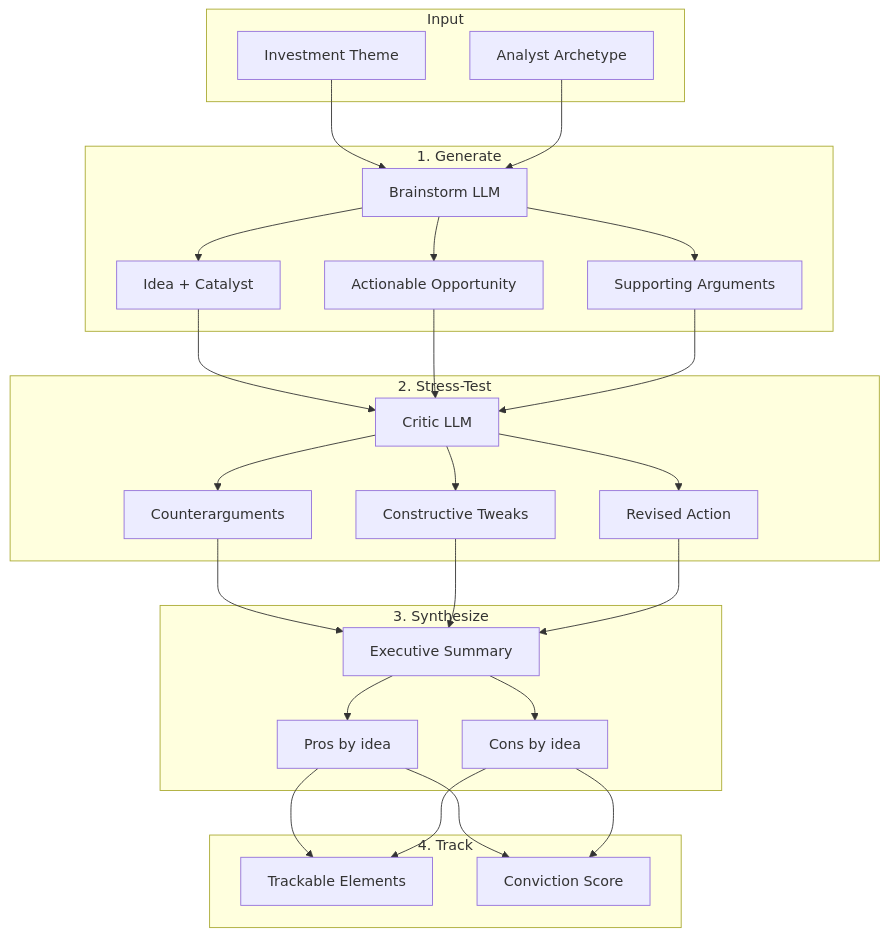
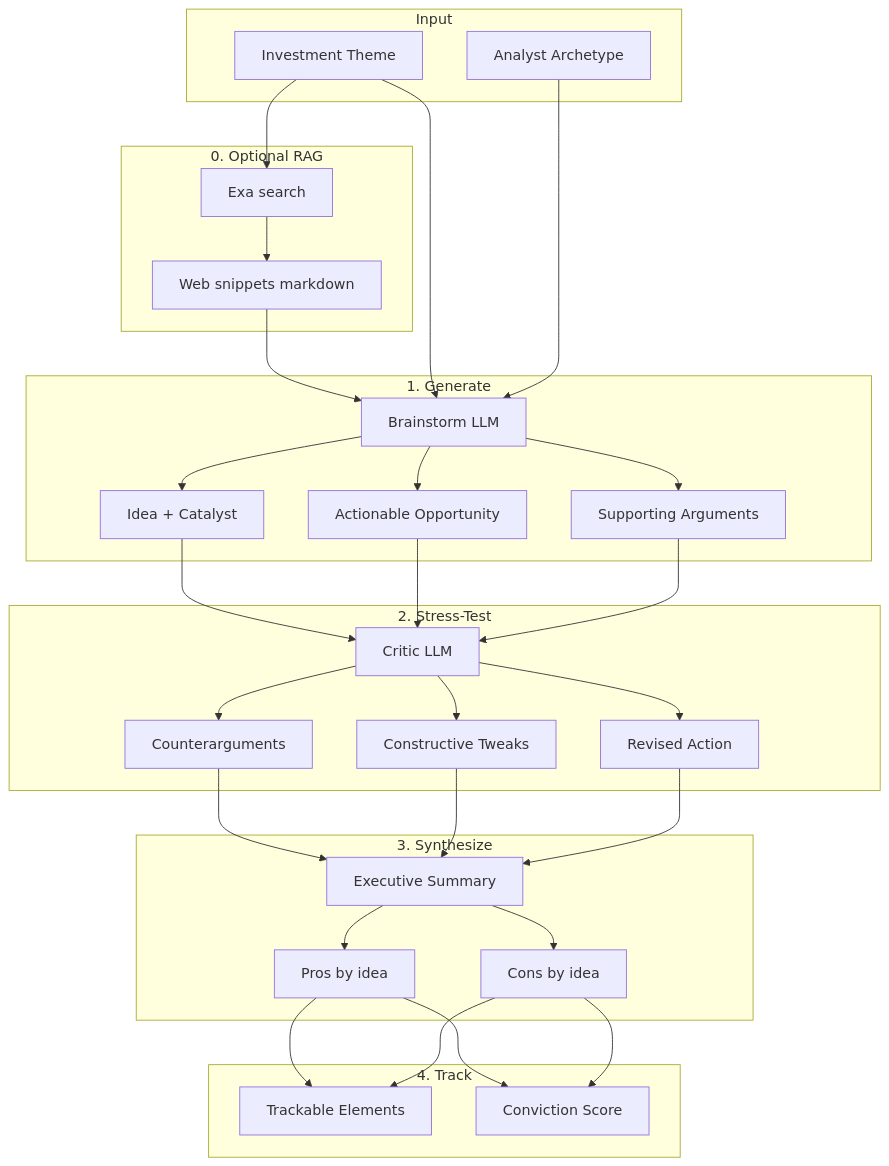
Before and after one commit to dchong1/project_jam: the first of 4 diagrams in README.md, drawn with Mermaid. The commit also changed other lines of this file, not shown here.

First line of the commit message:
docs: README updates for Exa RAG, CLI/Streamlit flow, architecture

````diff
--- a/README.md
+++ b/README.md
@@ -29,42 +30,50 @@
 ```mermaid
 flowchart TB
     subgraph Input
         Theme[Investment Theme]
         Archetype[Analyst Archetype]
+    end
+
+    subgraph Retrieval["0. Optional RAG"]
+        Exa[Exa search]
+        Snip[Web snippets markdown]
     end
 
     subgraph Generation["1. Generate"]
         Brainstorm[Brainstorm LLM]
         B1[Idea + Catalyst]
         B2[Actionable Opportunity]
         B3[Supporting Arguments]
     end
 
     subgraph Stress["2. Stress-Test"]
         Critic[Critic LLM]
         C1[Counterarguments]
         C2[Constructive Tweaks]
         C3[Revised Action]
     end
 
     subgraph Synthesize["3. Synthesize"]
         Summary[Executive Summary]
         Pros[Pros by idea]
         Cons[Cons by idea]
     end
 
     subgraph Track["4. Track"]
         Trackables[Trackable Elements]
         Conviction[Conviction Score]
     end
 
+    Theme --> Exa
+    Exa --> Snip
+    Snip --> Brainstorm
     Theme --> Brainstorm
     Archetype --> Brainstorm
     Brainstorm --> B1 & B2 & B3
     B1 & B2 & B3 --> Critic
     Critic --> C1 & C2 & C3
     C1 & C2 & C3 --> Summary
     Summary --> Pros & Cons
     Pros & Cons --> Trackables
     Pros & Cons --> Conviction
 ```
````
